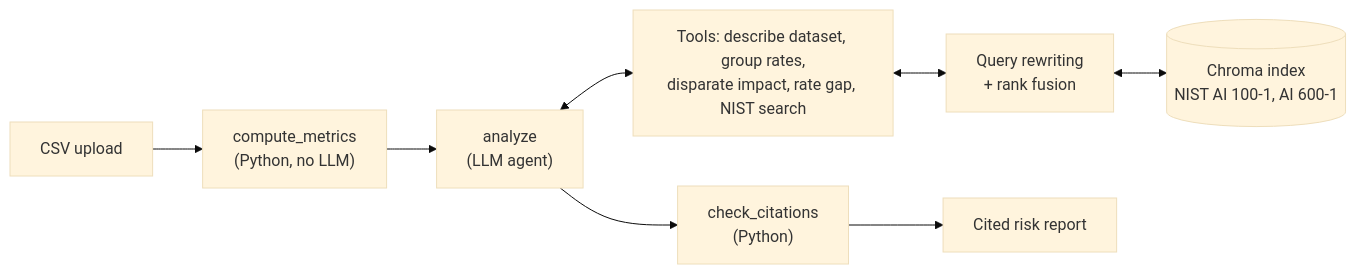
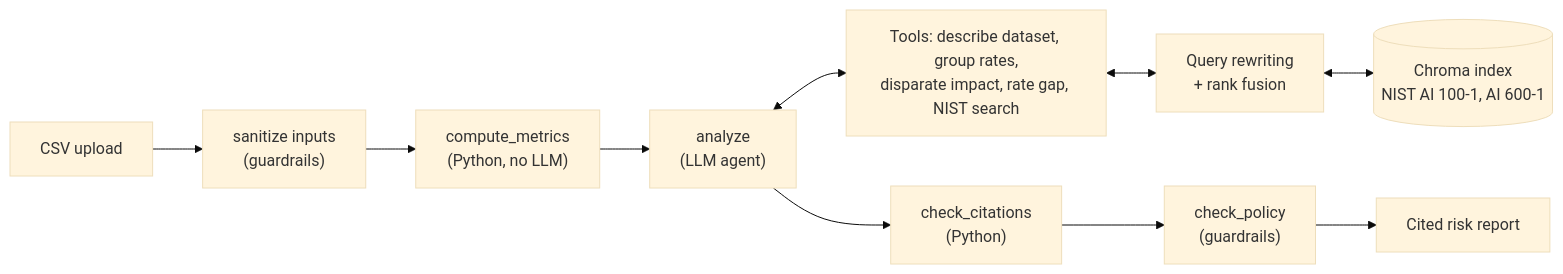
Before and after one commit to aliradwan99/AIFairTrack: the diagram in README.md, drawn with Mermaid (base theme). The commit also changed other lines of this file and 2 other files, not shown here.

Commit message:
v1.1.0: red-team results, guardrails documentation, Claude as default model

````diff
--- a/README.md
+++ b/README.md
@@ -22,10 +22,12 @@
 ```mermaid
 flowchart LR
-    A[CSV upload] --> B["compute_metrics<br/>(Python, no LLM)"]
+    A[CSV upload] --> S["sanitize inputs<br/>(guardrails)"]
+    S --> B["compute_metrics<br/>(Python, no LLM)"]
     B --> C["analyze<br/>(LLM agent)"]
     C <--> T["Tools: describe dataset, group rates,<br/>disparate impact, rate gap, NIST search"]
     T <--> Q["Query rewriting<br/>+ rank fusion"]
     Q <--> R[("Chroma index<br/>NIST AI 100-1, AI 600-1")]
     C --> D["check_citations<br/>(Python)"]
-    D --> E[Cited risk report]
+    D --> P["check_policy<br/>(guardrails)"]
+    P --> E[Cited risk report]
 ```
````
